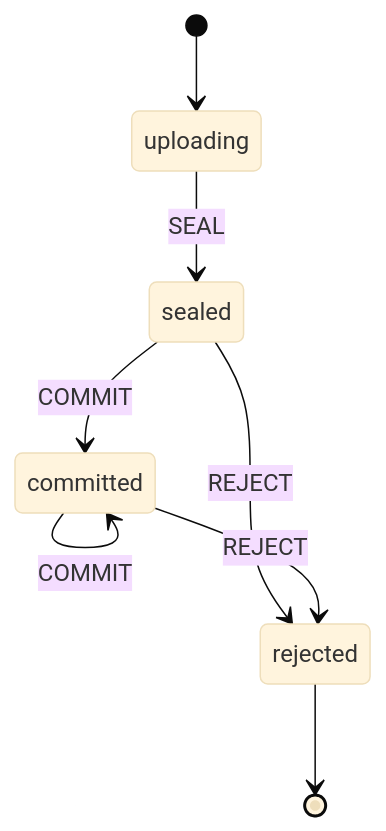
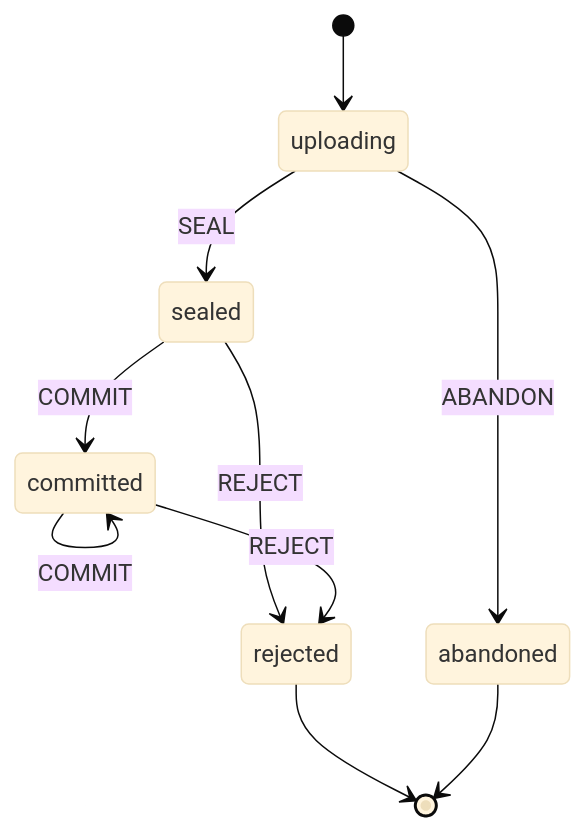
One commit to kody-hq/kody changed the fifth of 53 diagrams in docs/contributing/state-machines.md. Above: the diagram before and after it, drawn with Mermaid (base theme). The commit also changed other lines of this file and 8 other files, not shown here.

````diff
--- a/docs/contributing/state-machines.md
+++ b/docs/contributing/state-machines.md
@@ -168,10 +169,12 @@
 ```mermaid
 stateDiagram-v2
     [*] --> uploading
     uploading --> sealed: SEAL
+    uploading --> abandoned: ABANDON
     sealed --> committed: COMMIT
     sealed --> rejected: REJECT
     committed --> committed: COMMIT
     committed --> rejected: REJECT
     rejected --> [*]
+    abandoned --> [*]
 ```
````
